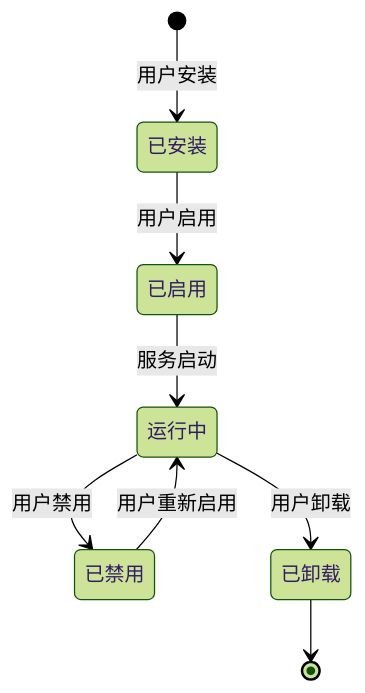
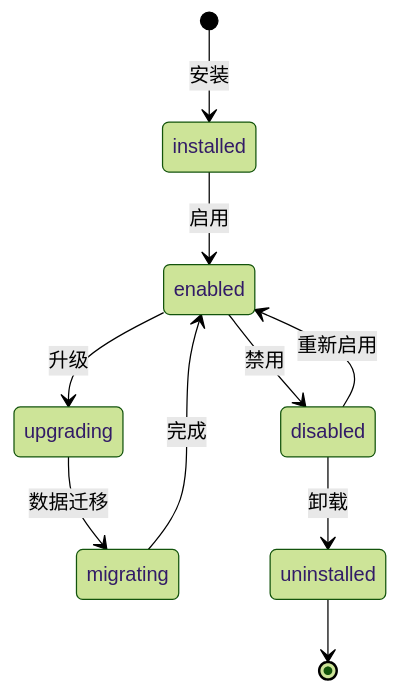
One commit to chongyi/virtual-team-architecture changed the third of 3 diagrams in virtual-team/src/04-collaboration-app/collaboration-tools/extension-system.md. Above: the diagram before and after it, drawn with Mermaid (forest theme). The commit also changed other lines of this file and 2 other files, not shown here.

````diff
--- a/virtual-team/src/04-collaboration-app/collaboration-tools/extension-system.md
+++ b/virtual-team/src/04-collaboration-app/collaboration-tools/extension-system.md
@@ -133,10 +364,12 @@
 ```mermaid
 stateDiagram-v2
-    [*] --> 已安装 : 用户安装
-    已安装 --> 已启用 : 用户启用
-    已启用 --> 运行中 : 服务启动
-    运行中 --> 已禁用 : 用户禁用
-    已禁用 --> 运行中 : 用户重新启用
-    运行中 --> 已卸载 : 用户卸载
-    已卸载 --> [*]
+    [*] --> installed : 安装
+    installed --> enabled : 启用
+    enabled --> disabled : 禁用
+    disabled --> enabled : 重新启用
+    enabled --> upgrading : 升级
+    upgrading --> migrating : 数据迁移
+    migrating --> enabled : 完成
+    disabled --> uninstalled : 卸载
+    uninstalled --> [*]
 ```
````
